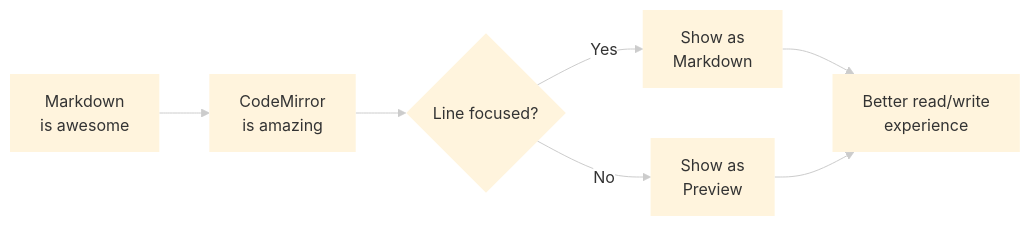
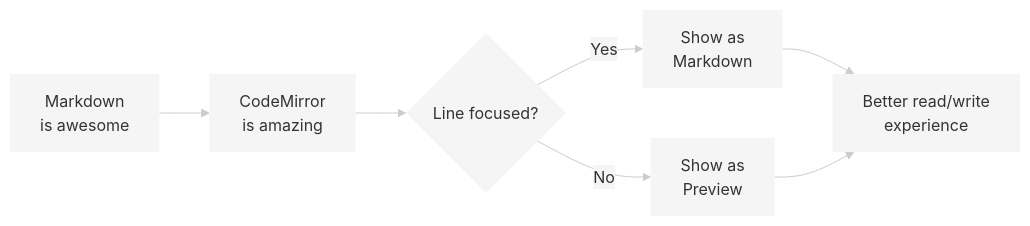
Before and after one commit to dwaynemcyrus/codemirror-markdown-wiki-yaml-extension: the diagram in example.md, drawn with Mermaid.

Commit message:
Make mermaid box backgrounds slightly darker (#f5f5f5)

````diff
--- a/example.md
+++ b/example.md
@@ -76,10 +76,10 @@
 ```mermaid
-%%{init: {'theme': 'base', 'themeVariables': { 'edgeLabelBackground': '#fff', 'primaryBorderColor': 'transparent', 'secondaryBorderColor': 'transparent', 'tertiaryBorderColor': 'transparent', 'lineColor': '#ccc' }}}%%
+%%{init: {'theme': 'base', 'themeVariables': { 'primaryColor': '#f5f5f5', 'secondaryColor': '#f5f5f5', 'tertiaryColor': '#f5f5f5', 'edgeLabelBackground': '#f5f5f5', 'primaryBorderColor': 'transparent', 'secondaryBorderColor': 'transparent', 'tertiaryBorderColor': 'transparent', 'lineColor': '#ccc' }}}%%
 flowchart LR
     A[Markdown<br/>is awesome] --> B[CodeMirror<br/>is amazing]
     B --> C{Line focused?}
     C -->|Yes| D[Show as<br/>Markdown]
     C -->|No| E[Show as<br/>Preview]
     D --> F[Better read/write<br/>experience]
     E --> F
 ```
````
